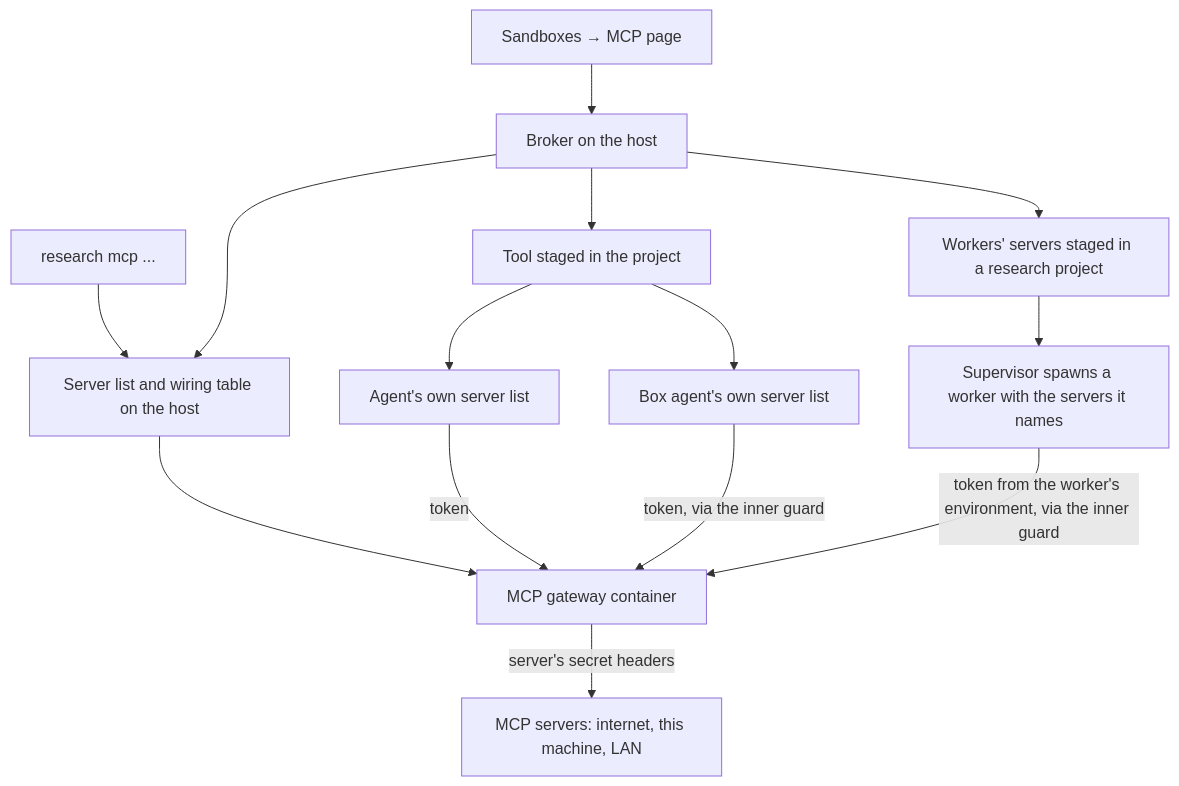
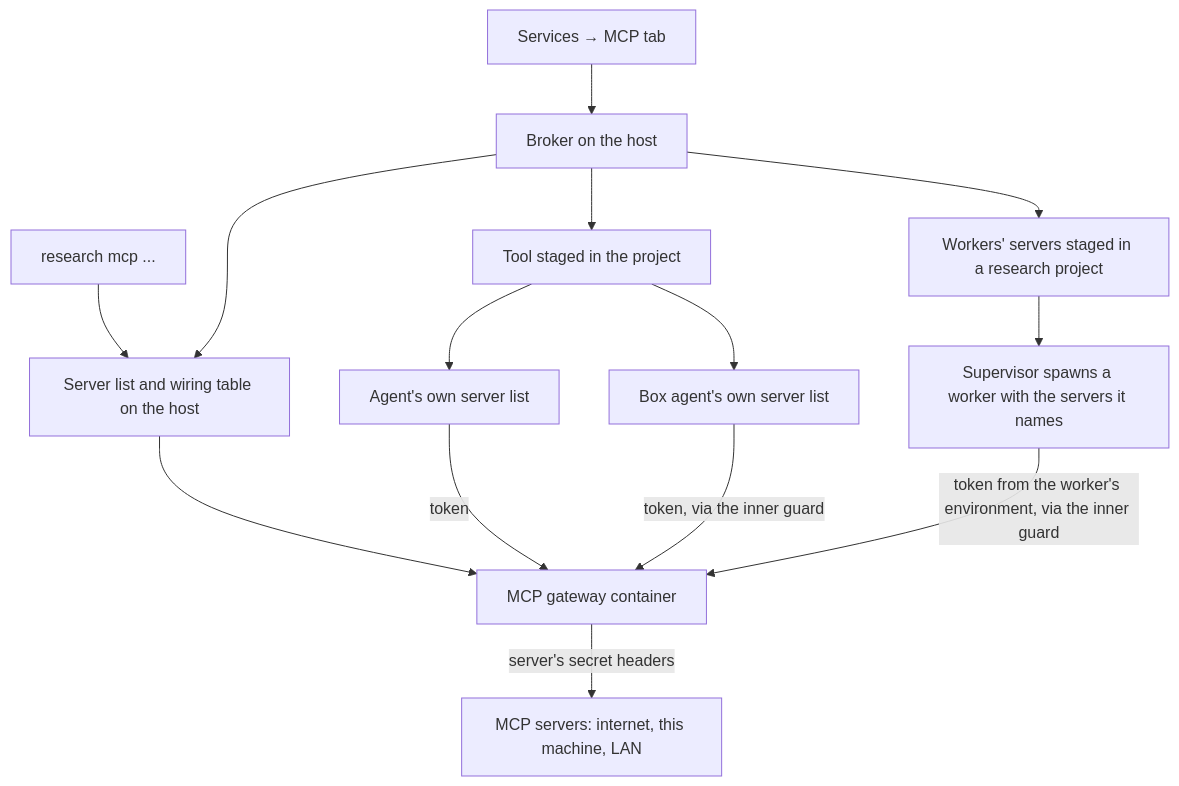
Before and after one commit to joaopn/research-sandbox: the diagram in docs/architecture/MCP-servers.md, drawn with Mermaid. The commit also changed other lines of this file and 45 other files, not shown here.

First line of the commit message:
docs: messages, help text and the docs site name the Services and Host pages

````diff
--- a/docs/architecture/MCP-servers.md
+++ b/docs/architecture/MCP-servers.md
@@ -39,16 +39,16 @@
 ```mermaid
 flowchart TD
-    P[Sandboxes → MCP page] --> B[Broker on the host]
+    P[Services → MCP tab] --> B[Broker on the host]
     C[research mcp ...] --> L
     B --> L[Server list and wiring table on the host]
     L --> G[MCP gateway container]
     B --> T[Tool staged in the project]
     T --> A[Agent's own server list]
     T --> X[Box agent's own server list]
     B --> W[Workers' servers staged in a research project]
     W --> V[Supervisor spawns a worker with the servers it names]
     A -->|token| G
     X -->|token, via the inner guard| G
     V -->|token from the worker's environment, via the inner guard| G
     G -->|server's secret headers| S[MCP servers: internet, this machine, LAN]
 ```
````
